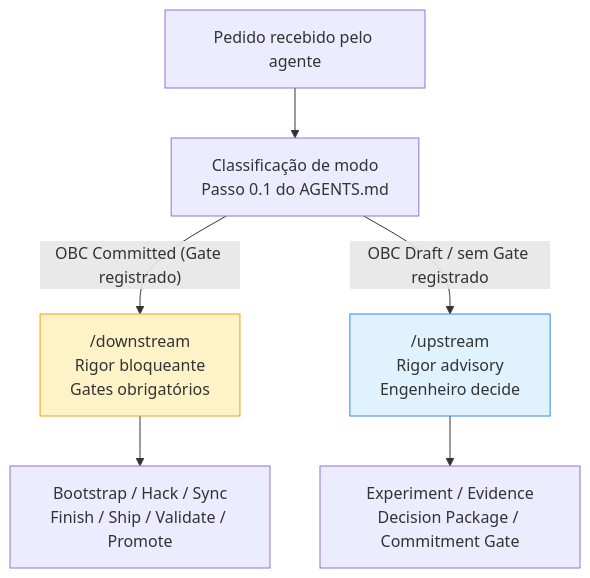
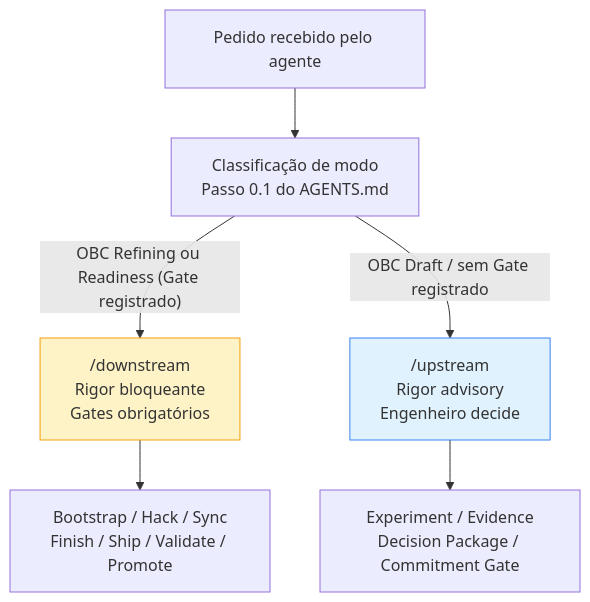
The diagram in capitulo-10.md (produtoreativo/from-intent-to-outcome), drawn with Mermaid before and after one commit. The commit also changed other lines of this file and 12 other files, not shown here.

First line of the commit message:
refactor: renomeia estado OBC Committed → Readiness em PT e EN

````diff
--- a/capitulo-10.md
+++ b/capitulo-10.md
@@ -67,11 +67,11 @@
 ```mermaid
 graph TD
     REQ["Pedido recebido pelo agente"] --> CLASS["Classificação de modo\nPasso 0.1 do AGENTS.md"]
-    CLASS -->|"OBC Committed (Gate registrado)"| DS["/downstream\nRigor bloqueante\nGates obrigatórios"]
+    CLASS -->|"OBC Refining ou Readiness (Gate registrado)"| DS["/downstream\nRigor bloqueante\nGates obrigatórios"]
     CLASS -->|"OBC Draft / sem Gate registrado"| US["/upstream\nRigor advisory\nEngenheiro decide"]
     DS --> SKILLS_DS["Bootstrap / Hack / Sync\nFinish / Ship / Validate / Promote"]
     US --> SKILLS_US["Experiment / Evidence\nDecision Package / Commitment Gate"]
 
     style DS fill:#FEF3C7,stroke:#F59E0B
     style US fill:#E0F2FE,stroke:#3B82F6
 ```
````
